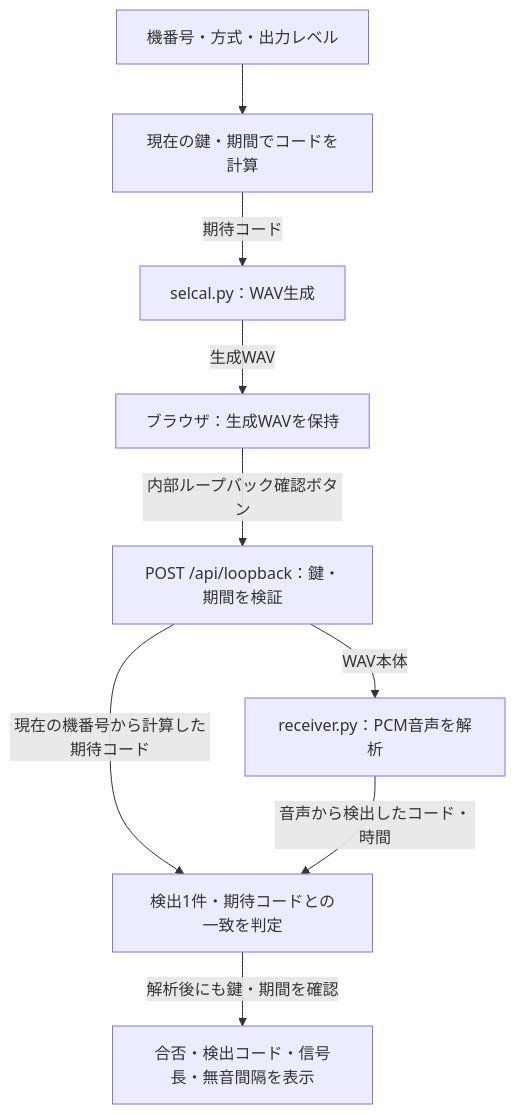
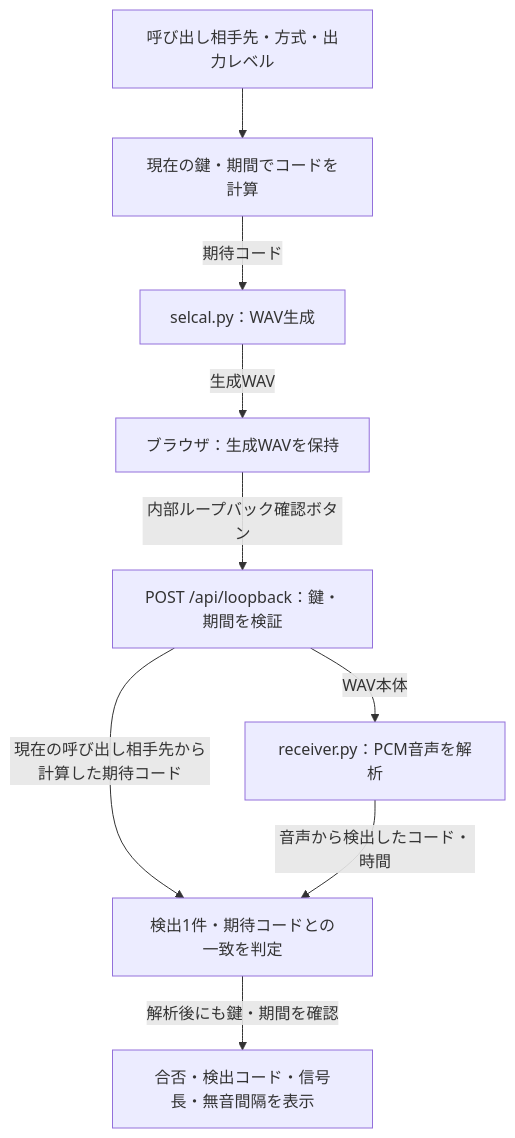
Before and after one commit to UeEmon/HACS: the second of 3 diagrams in docs/system-architecture.md, drawn with Mermaid. The commit also changed other lines of this file and 24 other files, not shown here.

First line of the commit message:
Rename 機番号 to 呼び出し相手先 in UI, messages and docs (#1)

````diff
--- a/docs/system-architecture.md
+++ b/docs/system-architecture.md
@@ -55,19 +55,19 @@
 ```mermaid
 flowchart TB
-    input["機番号・方式・出力レベル"]
+    input["呼び出し相手先・方式・出力レベル"]
     mapping["現在の鍵・期間でコードを計算"]
     generator["selcal.py：WAV生成"]
     blob["ブラウザ：生成WAVを保持"]
     api["POST /api/loopback：鍵・期間を検証"]
     decoder["receiver.py：PCM音声を解析"]
     compare["検出1件・期待コードとの一致を判定"]
     result["合否・検出コード・信号長・無音間隔を表示"]
     input --> mapping
     mapping -->|"期待コード"| generator
     generator -->|"生成WAV"| blob
     blob -->|"内部ループバック確認ボタン"| api
     api -->|"WAV本体"| decoder
-    api -->|"現在の機番号から計算した期待コード"| compare
+    api -->|"現在の呼び出し相手先から計算した期待コード"| compare
     decoder -->|"音声から検出したコード・時間"| compare
     compare -->|"解析後にも鍵・期間を確認"| result
 ```
````
